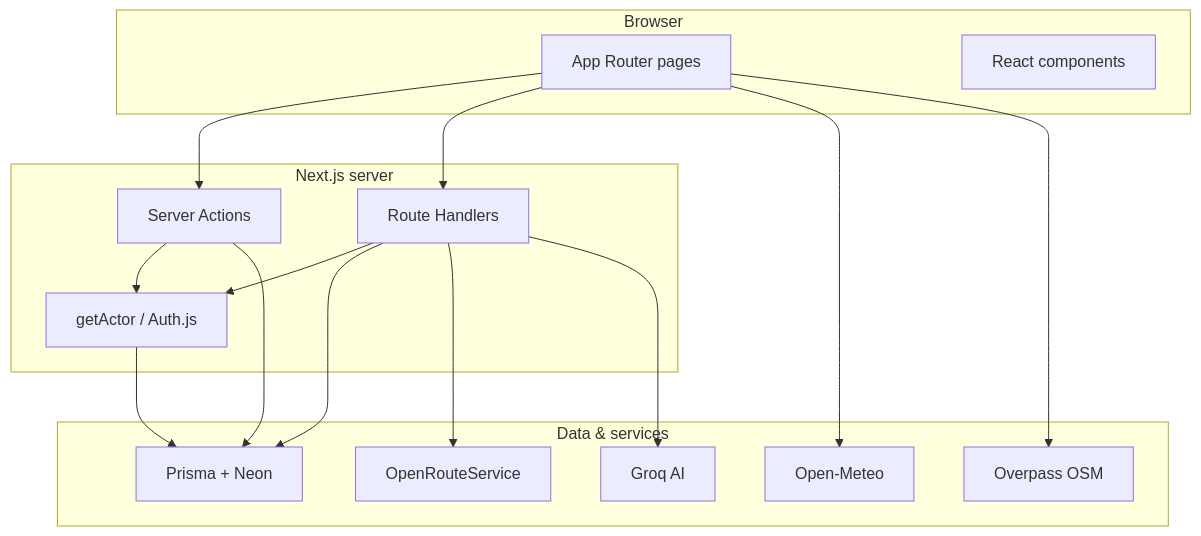
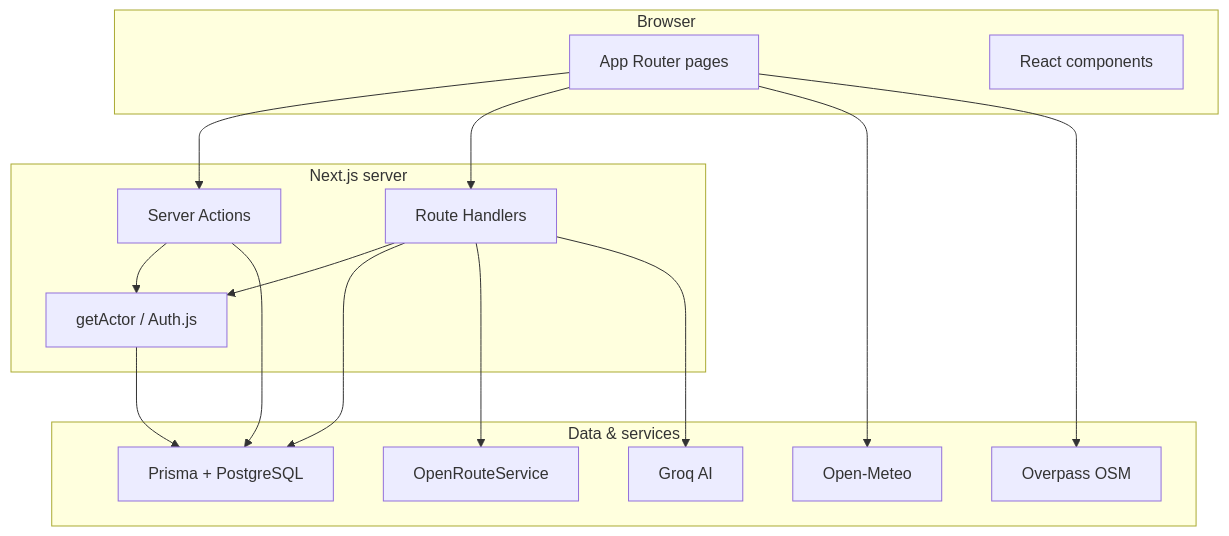
The diagram in README.md (Bixal99/Ghoomora), drawn with Mermaid before and after one commit. The commit also changed other lines of this file and 2 other files, not shown here.

````diff
--- a/README.md
+++ b/README.md
@@ -85,33 +85,33 @@
 ```mermaid
 flowchart TB
   subgraph client [Browser]
     pages[App Router pages]
     components[React components]
   end
 
   subgraph server [Next.js server]
     actions[Server Actions]
     api[Route Handlers]
     auth[getActor / Auth.js]
   end
 
   subgraph data [Data & services]
-    prisma[Prisma + Neon]
+    prisma[Prisma + PostgreSQL]
     ors[OpenRouteService]
     meteo[Open-Meteo]
     groq[Groq AI]
     overpass[Overpass OSM]
   end
 
   pages --> actions
   pages --> api
   actions --> auth
   api --> auth
   auth --> prisma
   actions --> prisma
   api --> prisma
   api --> ors
   api --> groq
   pages --> meteo
   pages --> overpass
 ```
````
